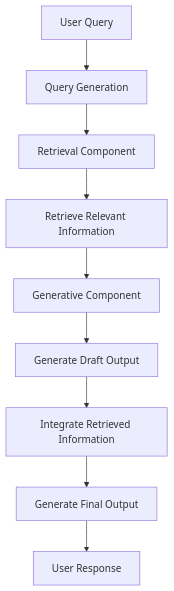
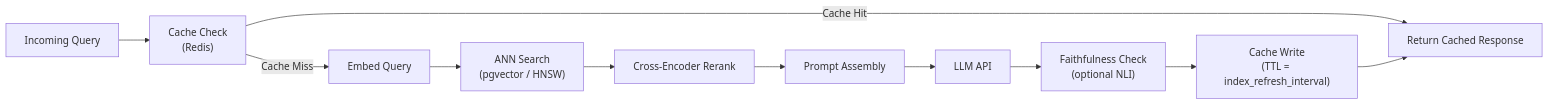
Before and after one commit to blebleblee/synapse: the fourth of 6 diagrams in topics/computing/ai/rag_systems/lesson_02_retrieval_augmented_generation.md, drawn with Mermaid. The commit also changed other lines of this file and 4 other files, not shown here.

````diff
--- a/topics/computing/ai/rag_systems/lesson_02_retrieval_augmented_generation.md
+++ b/topics/computing/ai/rag_systems/lesson_02_retrieval_augmented_generation.md
@@ -46,11 +643,13 @@
 ```mermaid
-graph TD
-    A[User Query] --> B[Query Generation]
-    B --> C[Retrieval Component]
-    C --> D[Retrieve Relevant Information]
-    D --> E[Generative Component]
-    E --> F[Generate Draft Output]
-    F --> G[Integrate Retrieved Information]
-    G --> H[Generate Final Output]
-    H --> I[User Response]
+graph LR
+    A["Incoming Query"] --> B["Cache Check\n(Redis)"]
+    B -->|"Cache Hit"| Z["Return Cached Response"]
+    B -->|"Cache Miss"| C["Embed Query"]
+    C --> D["ANN Search\n(pgvector / HNSW)"]
+    D --> E["Cross-Encoder Rerank"]
+    E --> F["Prompt Assembly"]
+    F --> G["LLM API"]
+    G --> H["Faithfulness Check\n(optional NLI)"]
+    H --> I["Cache Write\n(TTL = index_refresh_interval)"]
+    I --> Z
 ```
````
